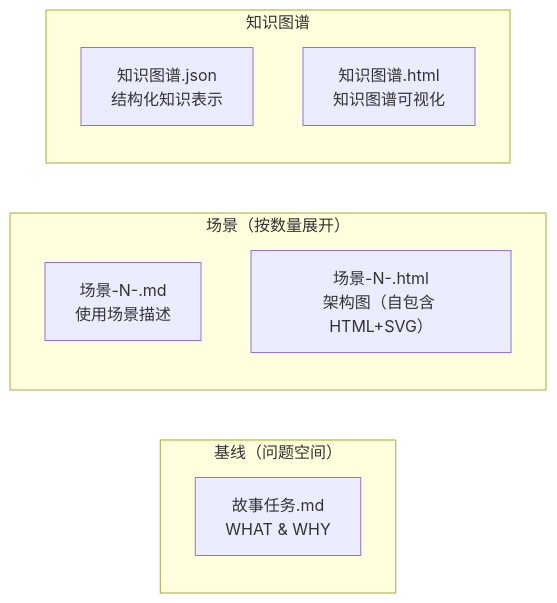
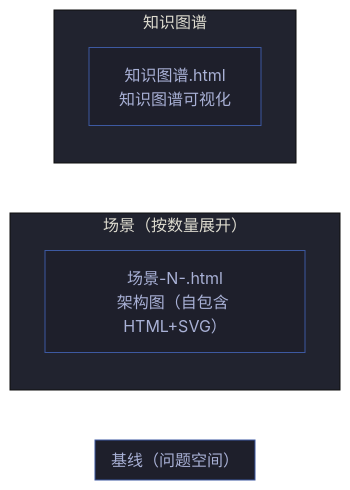
One commit to effiy/YrY changed the first of 5 diagrams in skills/rui/coder.md. Above: the diagram before and after it, drawn with Mermaid. The commit also changed other lines of this file and 42 other files, not shown here.

First line of the commit message:
feat: apply Mermaid authoring rules (M1-M12) across entire codebase

````diff
--- a/skills/rui/coder.md
+++ b/skills/rui/coder.md
@@ -20,15 +20,24 @@
 ```mermaid
+%%{init: {'theme': 'base', 'themeVariables': {
+  'primaryColor': '#1e1f2b',
+  'primaryTextColor': '#a9b1d6',
+  'primaryBorderColor': '#3d59a1',
+  'lineColor': '#3d59a1',
+  'secondaryColor': '#2b2d3b',
+  'tertiaryColor': '#21232f'
+}}}%%
 flowchart LR
     subgraph 基线["基线（问题空间）"]
-        B1["故事任务.md<br/>WHAT & WHY"]:::baseline
+        direction TB
     end
     subgraph 场景["场景（按数量展开）"]
-        S1["场景-N-.md<br/>使用场景描述"]:::scene
+        direction TB
         S2["场景-N-.html<br/>架构图（自包含 HTML+SVG）"]:::scene
     end
     subgraph 知识["知识图谱"]
-        K1["知识图谱.json<br/>结构化知识表示"]:::kg
+        direction TB
         K2["知识图谱.html<br/>知识图谱可视化"]:::kg
     end
 
+
 ```
````
